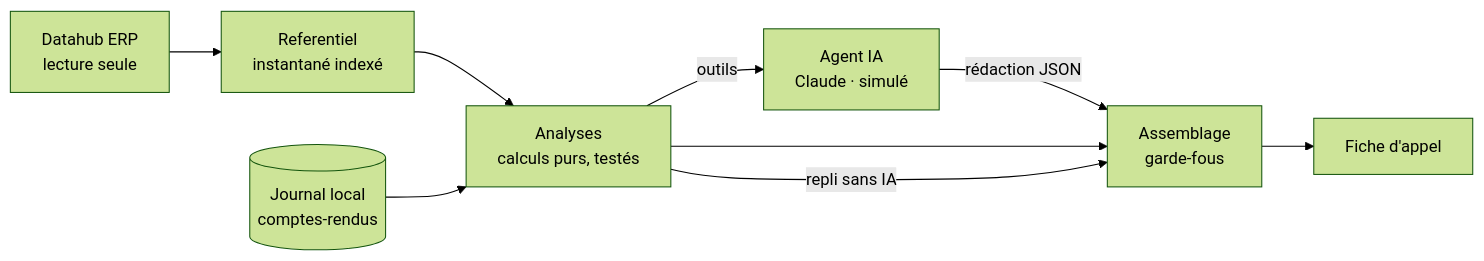
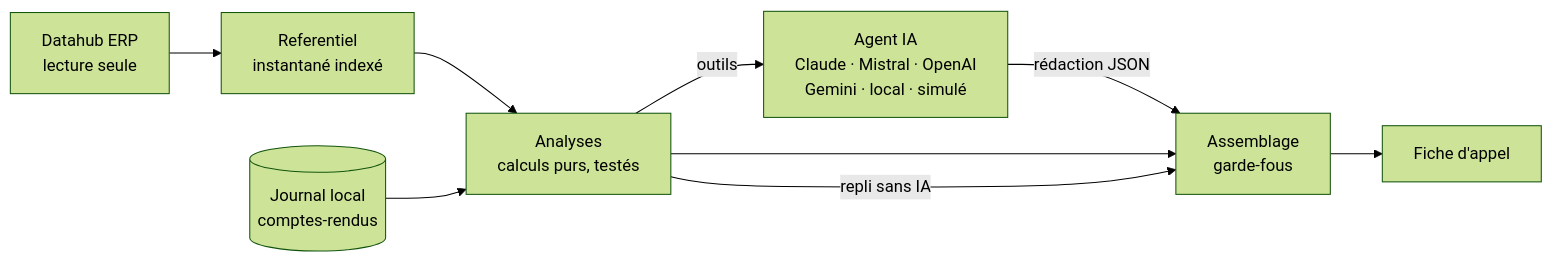
One commit to paranoidSheep/Copilote-televente changed the diagram in README.md. Above: the diagram before and after it, drawn with Mermaid (forest theme). The commit also changed other lines of this file and 50 other files, not shown here.

````diff
--- a/README.md
+++ b/README.md
@@ -57,11 +58,11 @@
 ```mermaid
 flowchart LR
     A[Datahub ERP<br/>lecture seule] --> B[Referentiel<br/>instantané indexé]
     B --> C[Analyses<br/>calculs purs, testés]
     J[(Journal local<br/>comptes-rendus)] --> C
-    C -->|outils| D[Agent IA<br/>Claude · simulé]
+    C -->|outils| D[Agent IA<br/>Claude · Mistral · OpenAI<br/>Gemini · local · simulé]
     D -->|rédaction JSON| E[Assemblage<br/>garde-fous]
     C --> E
     C -->|repli sans IA| E
     E --> F[Fiche d'appel]
 ```
````
